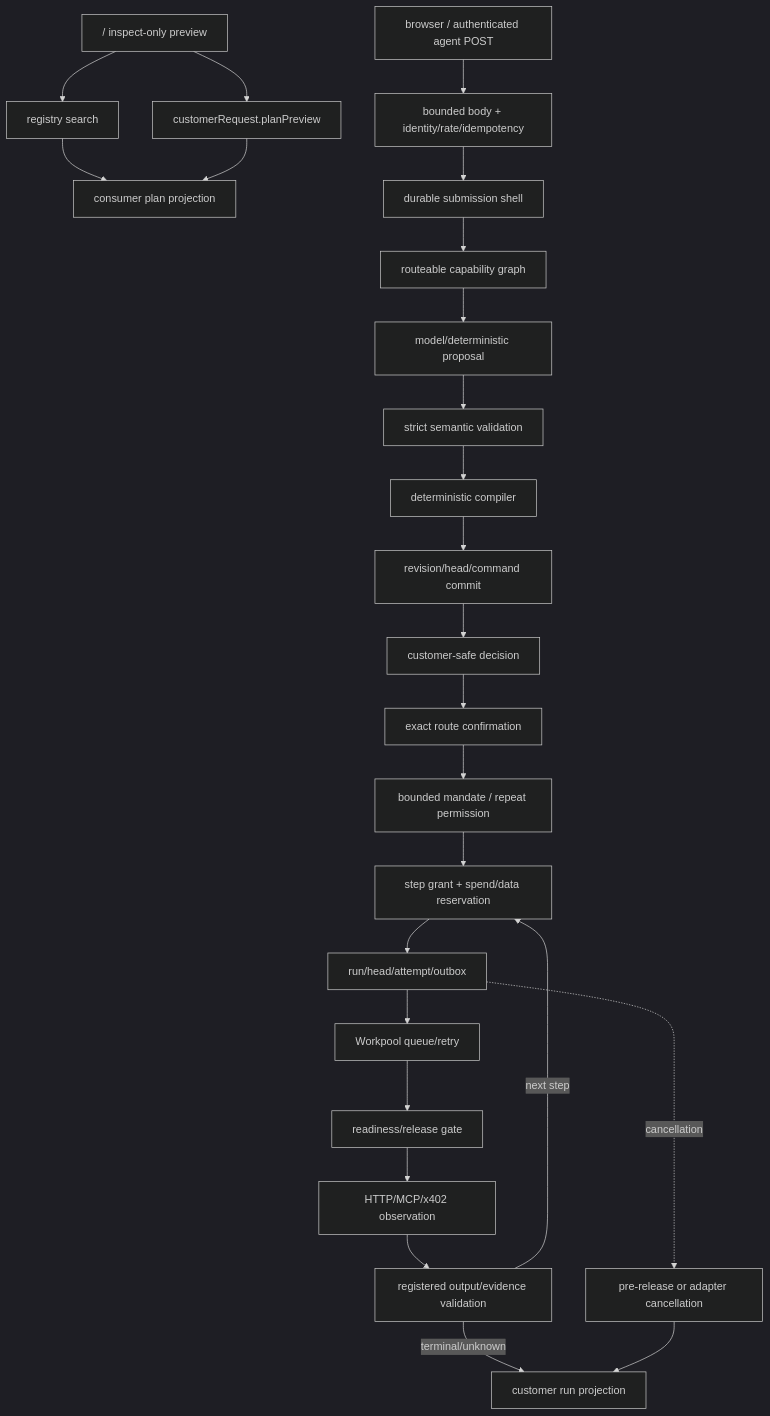
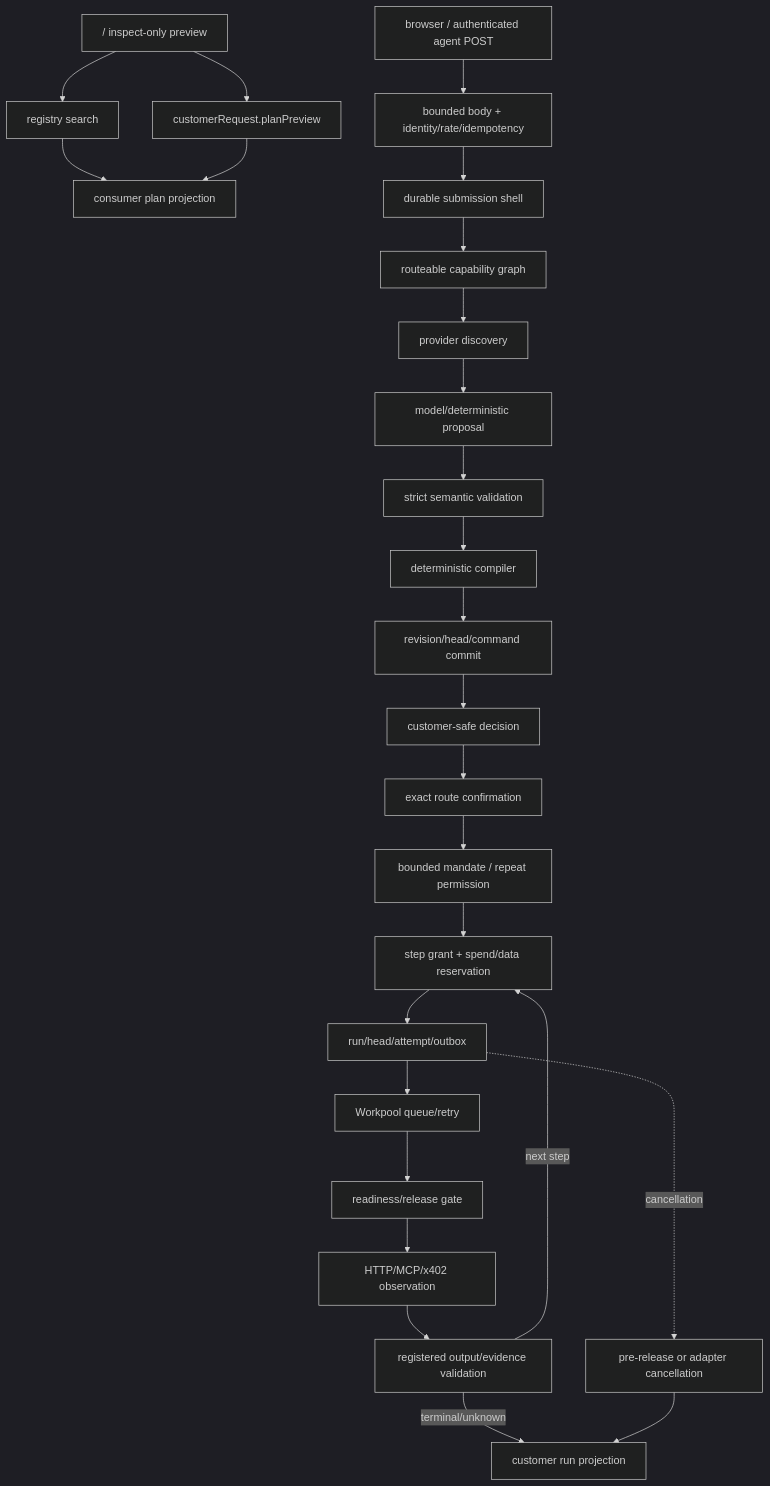
Before and after one commit to CreasyBear/Agentic-Economy: the second of 3 diagrams in .planning/codebase/PROMPT-DATA-FLOW.md, drawn with Mermaid (dark theme). The commit also changed other lines of this file and 325 other files, not shown here.

````diff
--- a/.planning/codebase/PROMPT-DATA-FLOW.md
+++ b/.planning/codebase/PROMPT-DATA-FLOW.md
@@ -130,19 +131,19 @@
 ```mermaid
 flowchart TD
   HOME["/ inspect-only preview"] --> SEARCH["registry search"]
   HOME --> PREVIEW["customerRequest.planPreview"]
   SEARCH --> CONSUMER["consumer plan projection"]
   PREVIEW --> CONSUMER
   AGENT["browser / authenticated agent POST"] --> ADMIT["bounded body + identity/rate/idempotency"]
-  ADMIT --> SHELL["durable submission shell"] --> GRAPH["routeable capability graph"]
-  GRAPH --> PROPOSAL["model/deterministic proposal"] --> VALIDATE["strict semantic validation"]
+  ADMIT --> SHELL["durable submission shell"] --> GRAPH["routeable capability graph"] --> DISCOVER["provider discovery"]
+  DISCOVER --> PROPOSAL["model/deterministic proposal"] --> VALIDATE["strict semantic validation"]
   VALIDATE --> COMPILE["deterministic compiler"] --> COMMIT["revision/head/command commit"]
   COMMIT --> DECISION["customer-safe decision"] --> CONFIRM["exact route confirmation"]
   CONFIRM --> MANDATE["bounded mandate / repeat permission"] --> GRANT["step grant + spend/data reservation"]
   GRANT --> JOURNAL["run/head/attempt/outbox"] --> POOL["Workpool queue/retry"]
   POOL --> RELEASE["readiness/release gate"] --> TRANSPORT["HTTP/MCP/x402 observation"]
   TRANSPORT --> OUTCOME["registered output/evidence validation"]
   OUTCOME -->|next step| GRANT
   OUTCOME -->|terminal/unknown| RUNPROJ["customer run projection"]
   JOURNAL -. cancellation .-> CANCEL["pre-release or adapter cancellation"] --> RUNPROJ
 ```
````
